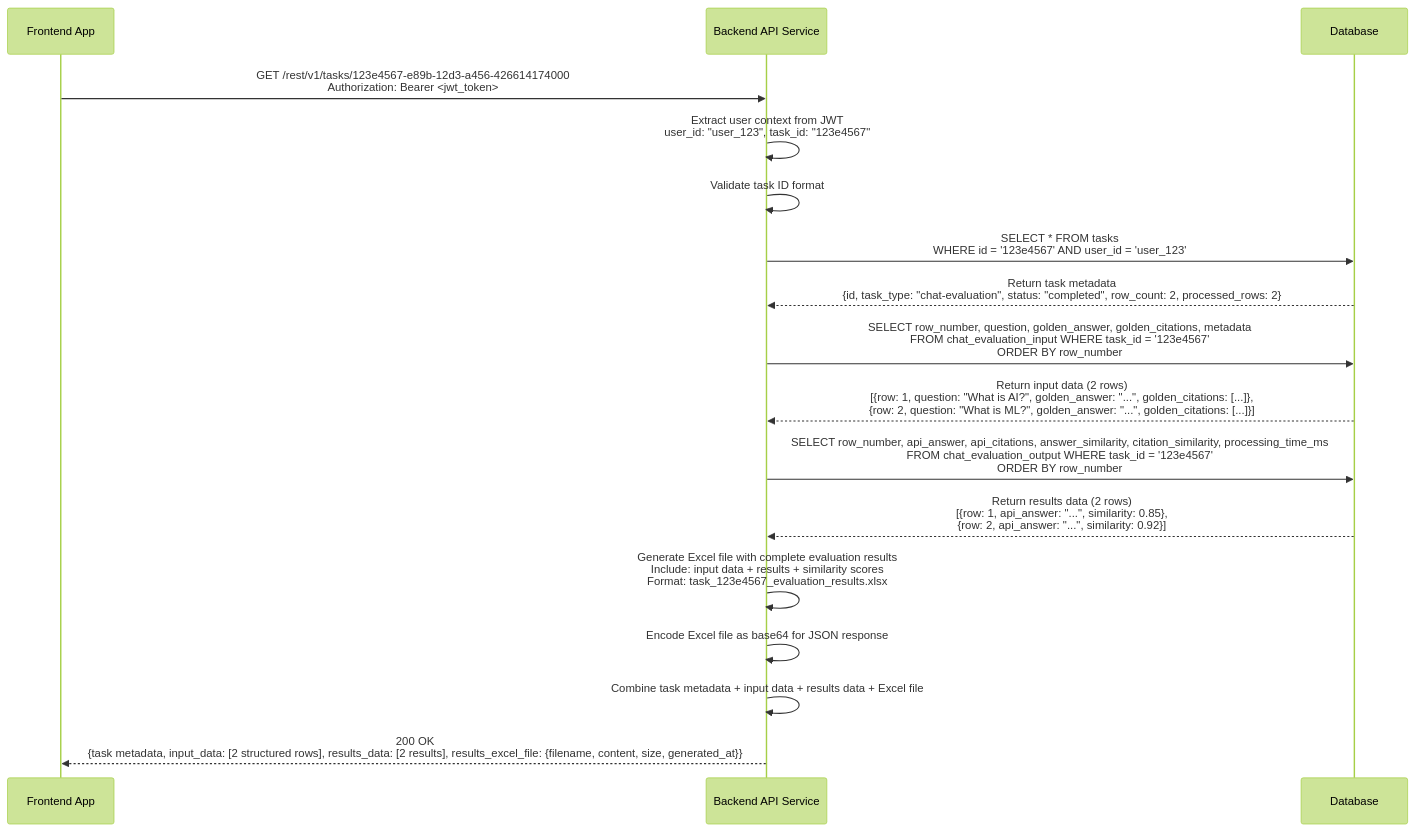
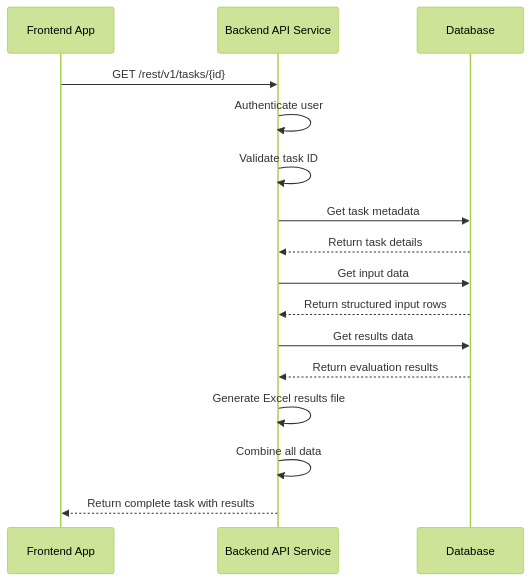
The fifth of 9 diagrams in docs/sequence-diagrams-api-handling.md (andrewhzy/SpringHttpClientDataJpaDemo), drawn with Mermaid (forest theme) before and after one commit. The commit also changed other lines of this file and 2 other files, not shown here.

Commit message:
Update API specification to reflect new maximum rows per sheet limit and enhance README with backend Java classes flow, clarifying component responsibilities for Excel file uploads and task management.

````diff
--- a/docs/sequence-diagrams-api-handling.md
+++ b/docs/sequence-diagrams-api-handling.md
@@ -134,25 +115,23 @@
 ```mermaid
 sequenceDiagram
     participant FE as Frontend App
     participant API as Backend API Service
     participant DB as Database
     
-    FE->>API: GET /rest/v1/tasks/123e4567-e89b-12d3-a456-426614174000<br/>Authorization: Bearer <jwt_token>
-    API->>API: Extract user context from JWT<br/>user_id: "user_123", task_id: "123e4567"
-    API->>API: Validate task ID format
+    FE->>API: GET /rest/v1/tasks/{id}
+    API->>API: Authenticate user
+    API->>API: Validate task ID
     
-    API->>DB: SELECT * FROM tasks<br/>WHERE id = '123e4567' AND user_id = 'user_123'
-    DB-->>API: Return task metadata<br/>{id, task_type: "chat-evaluation", status: "completed", row_count: 2, processed_rows: 2}
+    API->>DB: Get task metadata
+    DB-->>API: Return task details
     
-    API->>DB: SELECT row_number, question, golden_answer, golden_citations, metadata<br/>FROM chat_evaluation_input WHERE task_id = '123e4567'<br/>ORDER BY row_number
-    DB-->>API: Return input data (2 rows)<br/>[{row: 1, question: "What is AI?", golden_answer: "...", golden_citations: [...]}, <br/>{row: 2, question: "What is ML?", golden_answer: "...", golden_citations: [...]}]
+    API->>DB: Get input data
+    DB-->>API: Return structured input rows
     
-    API->>DB: SELECT row_number, api_answer, api_citations, answer_similarity, citation_similarity, processing_time_ms<br/>FROM chat_evaluation_output WHERE task_id = '123e4567'<br/>ORDER BY row_number
-    DB-->>API: Return results data (2 rows)<br/>[{row: 1, api_answer: "...", similarity: 0.85}, <br/>{row: 2, api_answer: "...", similarity: 0.92}]
+    API->>DB: Get results data
+    DB-->>API: Return evaluation results
     
-    API->>API: Generate Excel file with complete evaluation results<br/>Include: input data + results + similarity scores<br/>Format: task_123e4567_evaluation_results.xlsx
-    API->>API: Encode Excel file as base64 for JSON response
-    
-    API->>API: Combine task metadata + input data + results data + Excel file
-    API-->>FE: 200 OK<br/>{task metadata, input_data: [2 structured rows], results_data: [2 results], results_excel_file: {filename, content, size, generated_at}}
+    API->>API: Generate Excel results file
+    API->>API: Combine all data
+    API-->>FE: Return complete task with results
 ```
````
